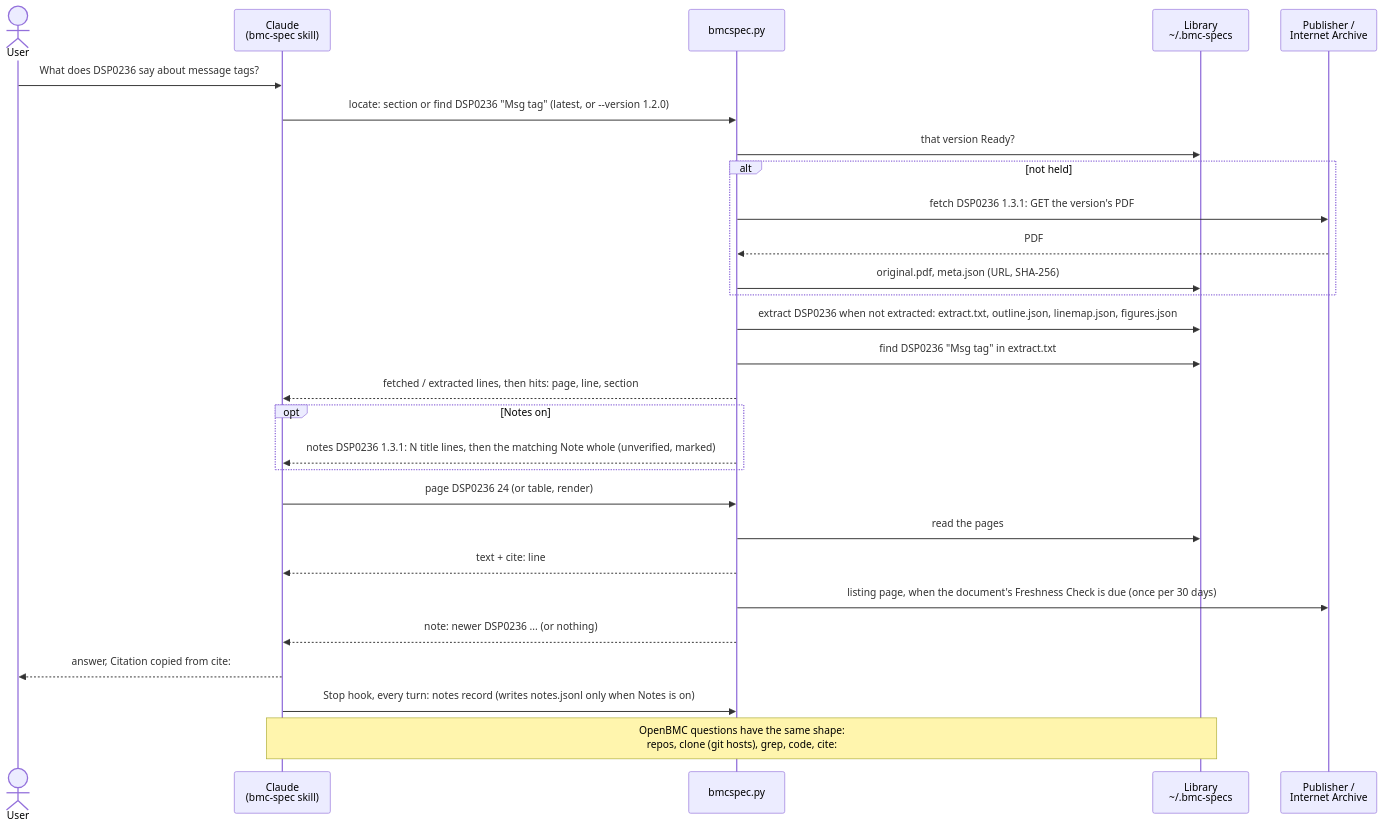
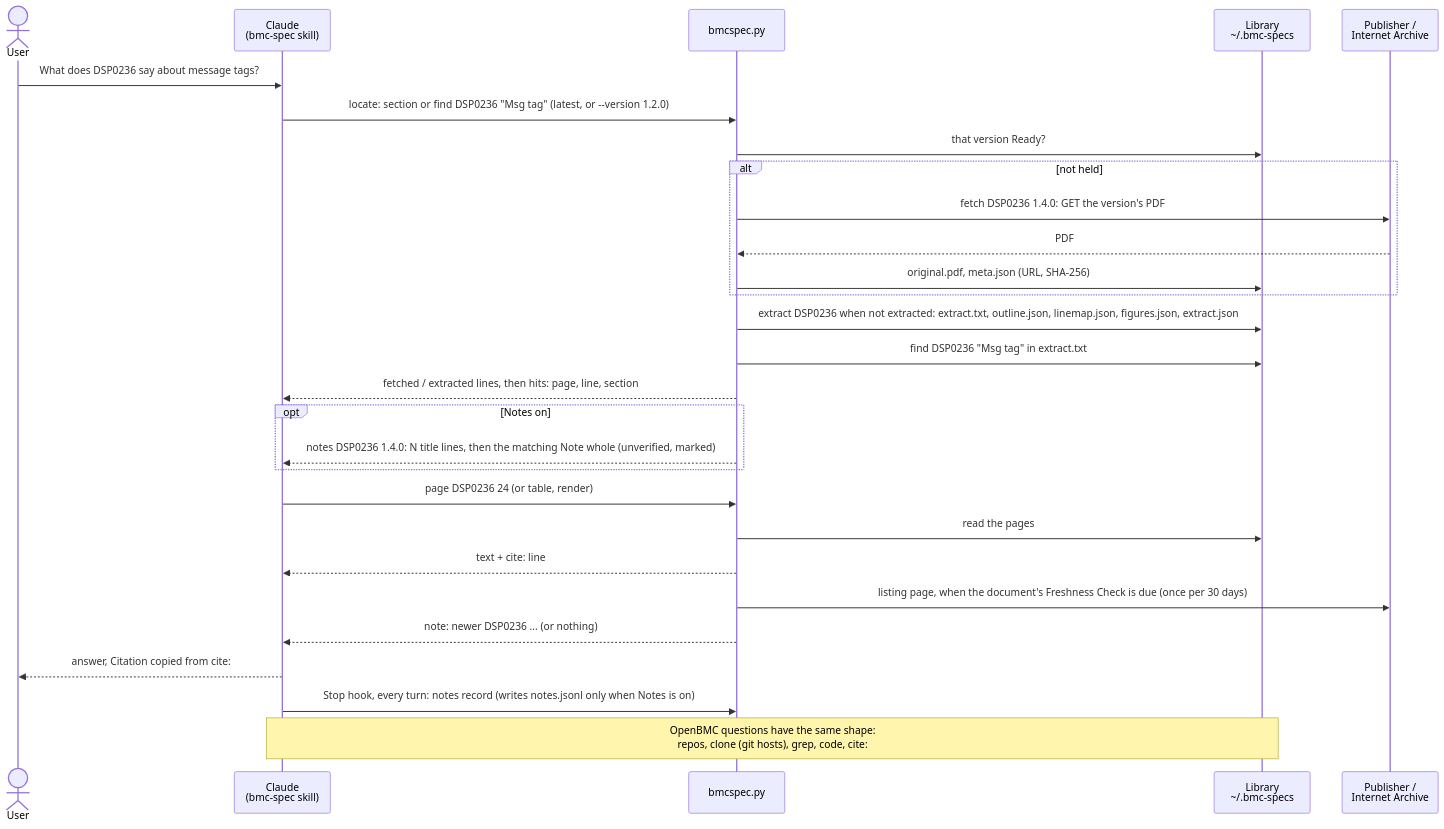
The second of 2 diagrams in README.md (ianmhuang/bmc-toolkit), drawn with Mermaid before and after one commit. The commit also changed other lines of this file and 10 other files, not shown here.

````diff
--- a/README.md
+++ b/README.md
@@ -78,30 +84,30 @@
 ```mermaid
 sequenceDiagram
     actor User
     participant Claude as Claude<br/>(bmc-spec skill)
     participant CLI as bmcspec.py
     participant Lib as Library<br/>~/.bmc-specs
     participant Pub as Publisher /<br/>Internet Archive
     User->>Claude: What does DSP0236 say about message tags?
     Claude->>CLI: locate: section or find DSP0236 "Msg tag" (latest, or --version 1.2.0)
     CLI->>Lib: that version Ready?
     alt not held
-        CLI->>Pub: fetch DSP0236 1.3.1: GET the version's PDF
+        CLI->>Pub: fetch DSP0236 1.4.0: GET the version's PDF
         Pub-->>CLI: PDF
         CLI->>Lib: original.pdf, meta.json (URL, SHA-256)
     end
-    CLI->>Lib: extract DSP0236 when not extracted: extract.txt, outline.json, linemap.json, figures.json
+    CLI->>Lib: extract DSP0236 when not extracted: extract.txt, outline.json, linemap.json, figures.json, extract.json
     CLI->>Lib: find DSP0236 "Msg tag" in extract.txt
     CLI-->>Claude: fetched / extracted lines, then hits: page, line, section
     opt Notes on
-        CLI-->>Claude: notes DSP0236 1.3.1: N title lines, then the matching Note whole (unverified, marked)
+        CLI-->>Claude: notes DSP0236 1.4.0: N title lines, then the matching Note whole (unverified, marked)
     end
     Claude->>CLI: page DSP0236 24 (or table, render)
     CLI->>Lib: read the pages
     CLI-->>Claude: text + cite: line
     CLI->>Pub: listing page, when the document's Freshness Check is due (once per 30 days)
     CLI-->>Claude: note: newer DSP0236 ... (or nothing)
     Claude-->>User: answer, Citation copied from cite:
     Claude->>CLI: Stop hook, every turn: notes record (writes notes.jsonl only when Notes is on)
     Note over Claude,Lib: OpenBMC questions have the same shape:<br/>repos, clone (git hosts), grep, code, cite:
 ```
````
